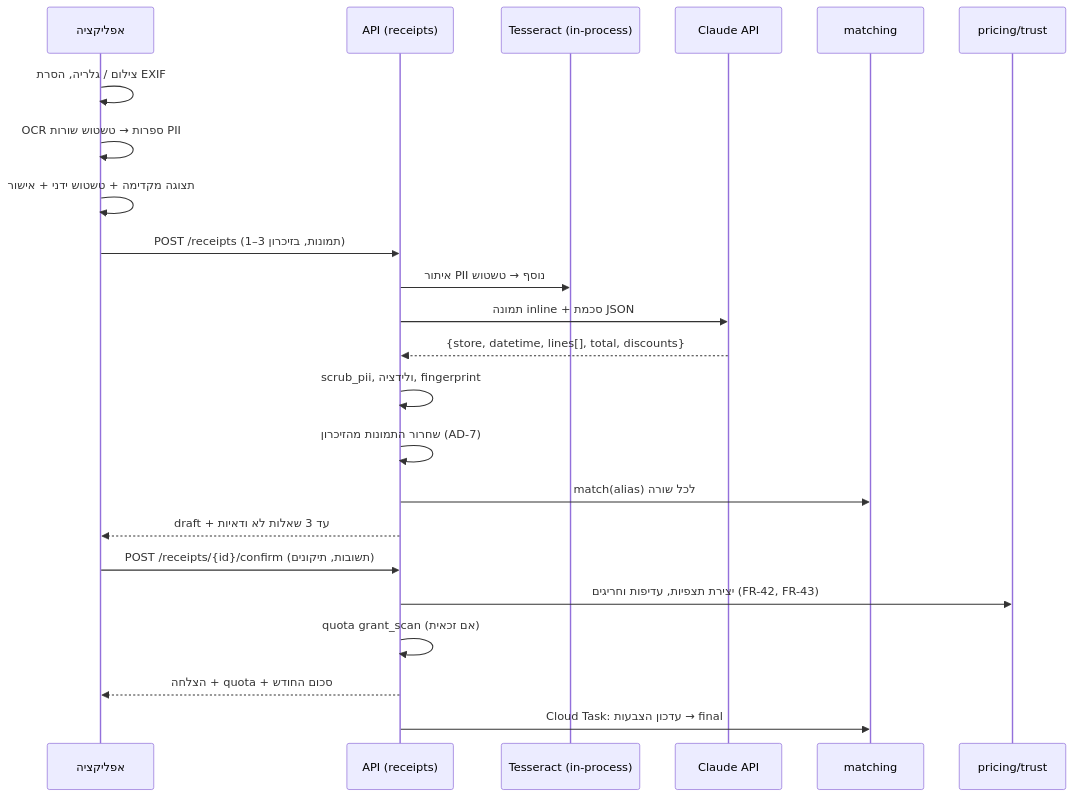
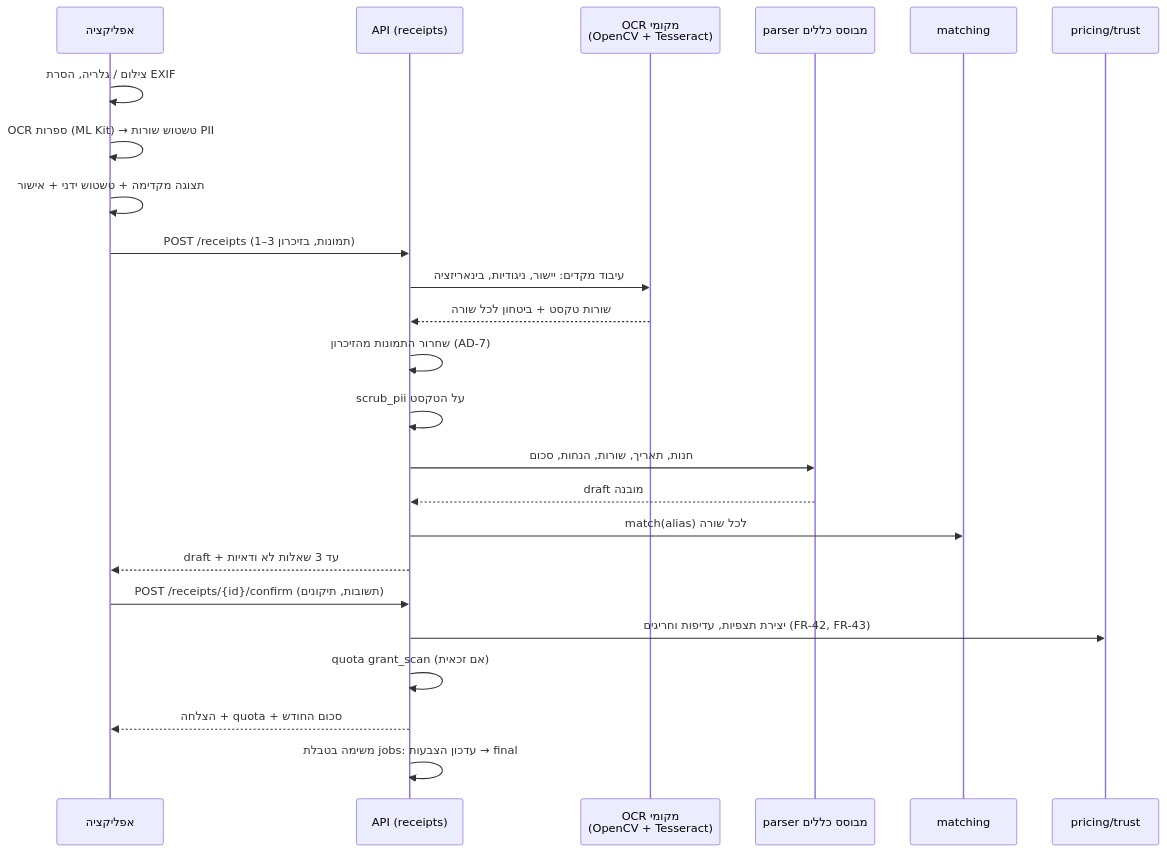
The fifth of 6 diagrams in docs/planning-artifacts/architecture/architecture-CartWise-2026-10-26/architecture.md (deb6754006/CartWise), drawn with Mermaid before and after one commit. The commit also changed other lines of this file and 16 other files, not shown here.

````diff
--- a/docs/planning-artifacts/architecture/architecture-CartWise-2026-10-26/architecture.md
+++ b/docs/planning-artifacts/architecture/architecture-CartWise-2026-10-26/architecture.md
@@ -249,25 +255,26 @@
 ```mermaid
 sequenceDiagram
   participant App as אפליקציה
   participant API as API (receipts)
-  participant T as Tesseract (in-process)
-  participant L as Claude API
+  participant O as OCR מקומי<br/>(OpenCV + Tesseract)
+  participant R as parser מבוסס כללים
   participant M as matching
   participant P as pricing/trust
   App->>App: צילום / גלריה, הסרת EXIF
-  App->>App: OCR ספרות → טשטוש שורות PII
+  App->>App: OCR ספרות (ML Kit) → טשטוש שורות PII
   App->>App: תצוגה מקדימה + טשטוש ידני + אישור
   App->>API: POST /receipts (1–3 תמונות, בזיכרון)
-  API->>T: איתור PII נוסף → טשטוש
-  API->>L: תמונה inline + סכמת JSON
-  L-->>API: {store, datetime, lines[], total, discounts}
-  API->>API: scrub_pii, ולידציה, fingerprint
+  API->>O: עיבוד מקדים: יישור, ניגודיות, בינאריזציה
+  O-->>API: שורות טקסט + ביטחון לכל שורה
   API->>API: שחרור התמונות מהזיכרון (AD-7)
+  API->>API: scrub_pii על הטקסט
+  API->>R: חנות, תאריך, שורות, הנחות, סכום
+  R-->>API: draft מובנה
   API->>M: match(alias) לכל שורה
   API-->>App: draft + עד 3 שאלות לא ודאיות
   App->>API: POST /receipts/{id}/confirm (תשובות, תיקונים)
   API->>P: יצירת תצפיות, עדיפות וחריגים (FR-42, FR-43)
   API->>API: quota grant_scan (אם זכאית)
   API-->>App: הצלחה + quota + סכום החודש
-  API->>M: Cloud Task: עדכון הצבעות → final
+  API->>API: משימה בטבלת jobs: עדכון הצבעות → final
 ```
````
